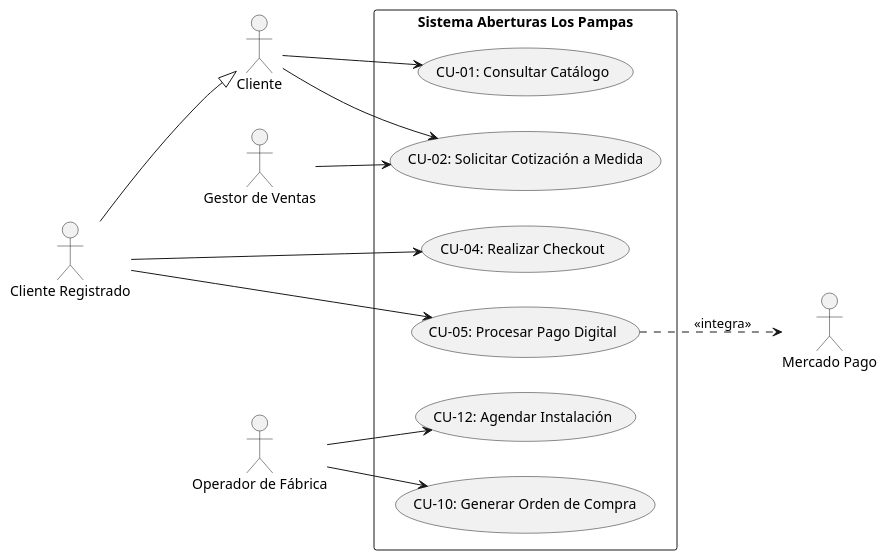
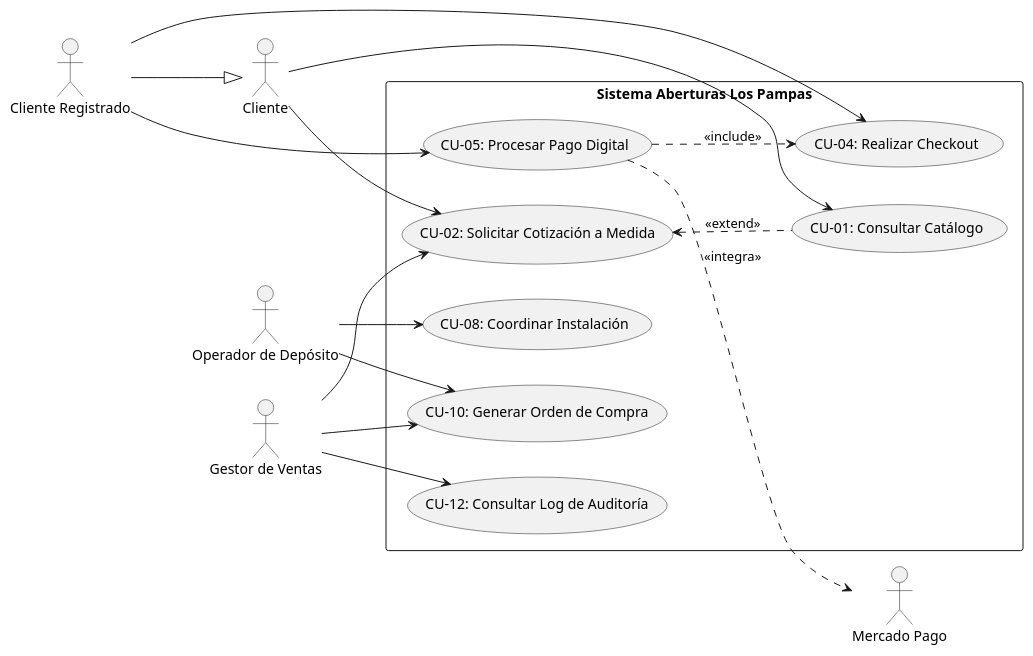
One commit to ScagliaUriel/desarrollo-web-aberturas-los-pampas changed the diagram in diagramas/casos-de-uso.puml. Above: the diagram before and after it, drawn with PlantUML.

Commit message:
Actualización del diagrama de casos de uso: se corrigió el rol del operador y se ajustaron los casos de uso para reflejar cambios en la funcionalidad del sistema.

```diff
--- a/diagramas/casos-de-uso.puml
+++ b/diagramas/casos-de-uso.puml
@@ -1,30 +1,36 @@
 @startuml AberturasLosPampas_CasosDeUso
 left to right direction
 skinparam packageStyle rectangle
 
 actor "Cliente" as usr
 actor "Cliente Registrado" as usrAuth
 actor "Gestor de Ventas" as admin
-actor "Operador de Fábrica" as op
+actor "Operador de Depósito" as op
 actor "Mercado Pago" as mp
 
 usrAuth --|> usr
 
 rectangle "Sistema Aberturas Los Pampas" {
   usecase "CU-01: Consultar Catálogo" as CU01
   usecase "CU-02: Solicitar Cotización a Medida" as CU02
   usecase "CU-04: Realizar Checkout" as CU04
   usecase "CU-05: Procesar Pago Digital" as CU05
+  usecase "CU-08: Coordinar Instalación" as CU08
   usecase "CU-10: Generar Orden de Compra" as CU10
-  usecase "CU-12: Agendar Instalación" as CU12
+  usecase "CU-12: Consultar Log de Auditoría" as CU12
 }
 
 usr --> CU01
 usr --> CU02
 usrAuth --> CU04
 usrAuth --> CU05
 CU05 ..> mp : <<integra>>
+CU02 <.. CU01 : <<extend>>
+CU05 ..> CU04 : <<include>>
+
 admin --> CU02
+admin --> CU10
+op --> CU08
 op --> CU10
-op --> CU12
+admin --> CU12
 @enduml
```
